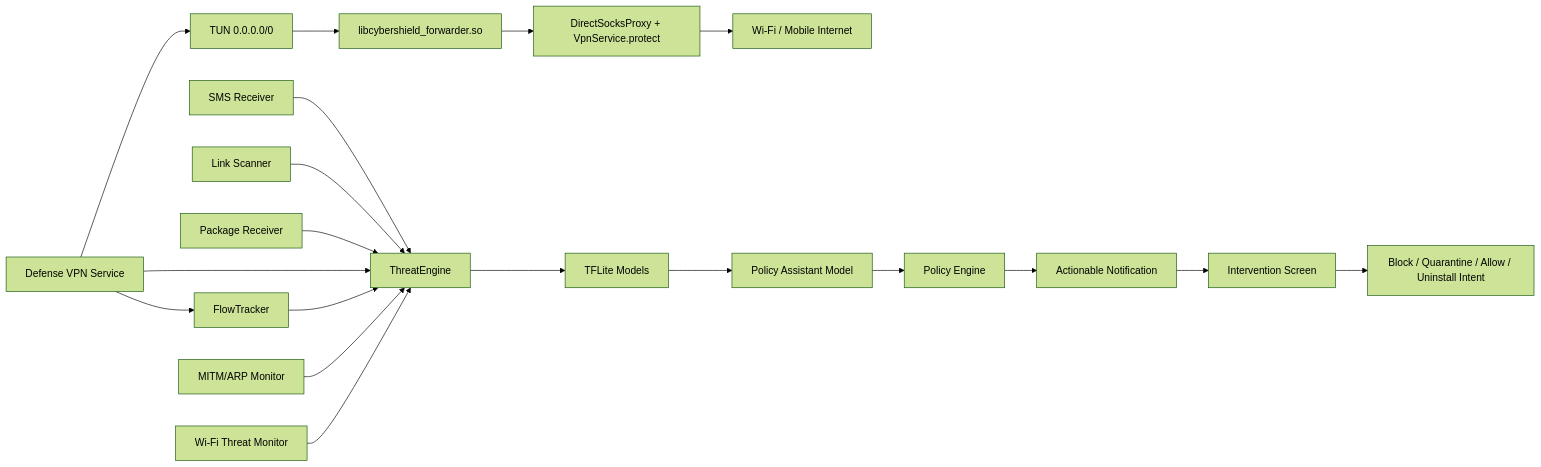
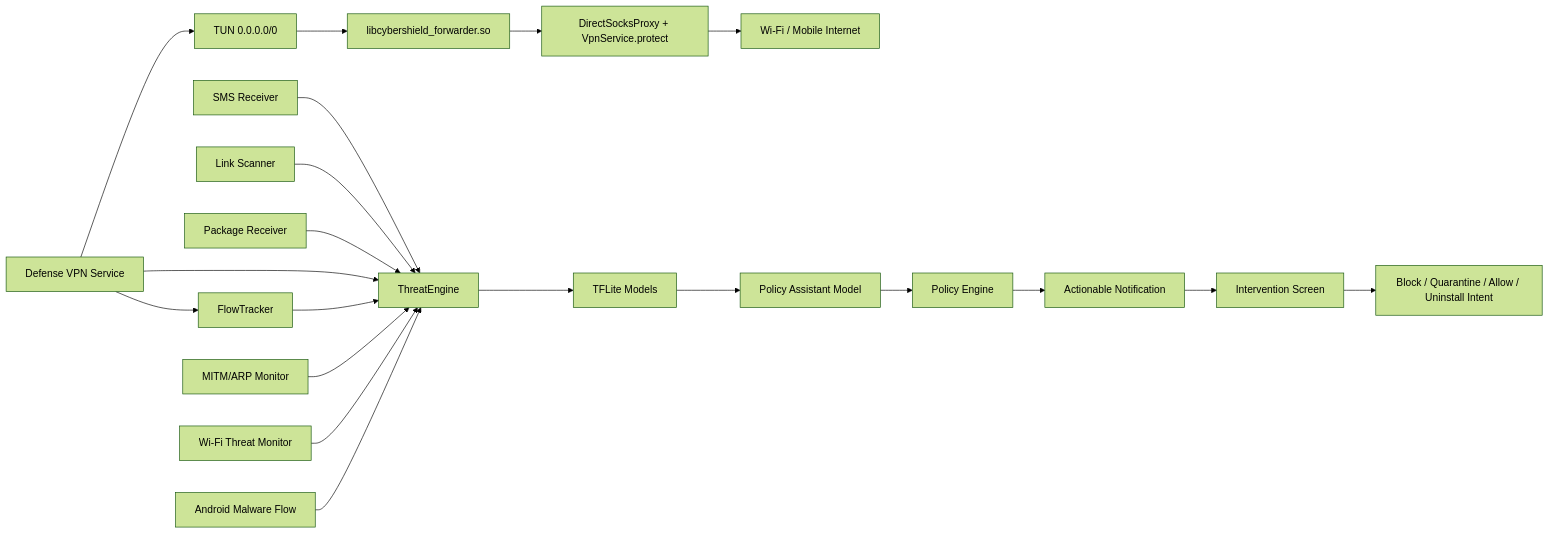
Before and after one commit to chefvolkan53-ctrl/CyberShieldAndroid: the diagram in README.md, drawn with Mermaid (forest theme). The commit also changed other lines of this file and 12 other files, not shown here.

Commit message:
Add Android malware flow detector

````diff
--- a/README.md
+++ b/README.md
@@ -72,21 +75,22 @@
 ```mermaid
 flowchart LR
     SMS[SMS Receiver] --> Engine[ThreatEngine]
     URL[Link Scanner] --> Engine
     APK[Package Receiver] --> Engine
     VPN[Defense VPN Service] --> TUN[TUN 0.0.0.0/0]
     TUN --> Native[libcybershield_forwarder.so]
     Native --> SOCKS[DirectSocksProxy + VpnService.protect]
     SOCKS --> NET[Wi-Fi / Mobile Internet]
     VPN --> Flow[FlowTracker]
     VPN --> Engine
     Flow --> Engine
     ARP[MITM/ARP Monitor] --> Engine
     WIFI[Wi-Fi Threat Monitor] --> Engine
+    AndroidFlow[Android Malware Flow] --> Engine
     Engine --> TFLite[TFLite Models]
     TFLite --> Assistant[Policy Assistant Model]
     Assistant --> Policy[Policy Engine]
     Policy --> Notify[Actionable Notification]
     Notify --> Intervention[Intervention Screen]
     Intervention --> Block[Block / Quarantine / Allow / Uninstall Intent]
 ```
````
